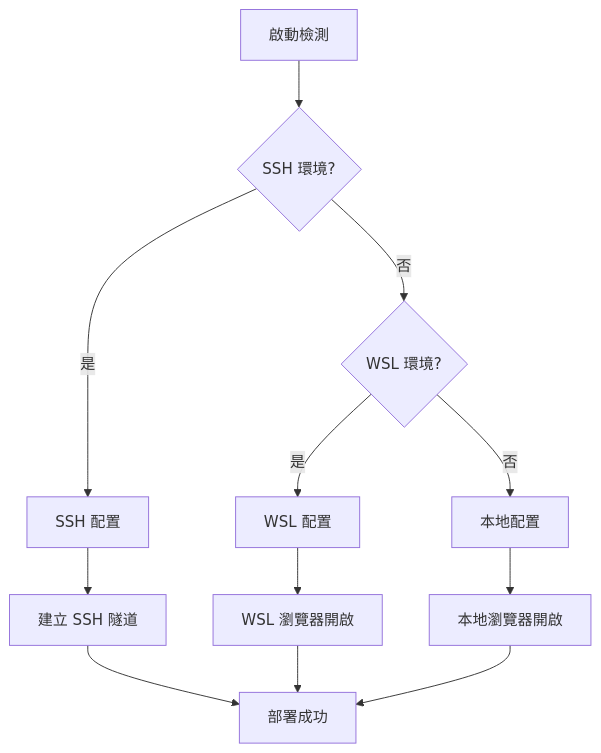
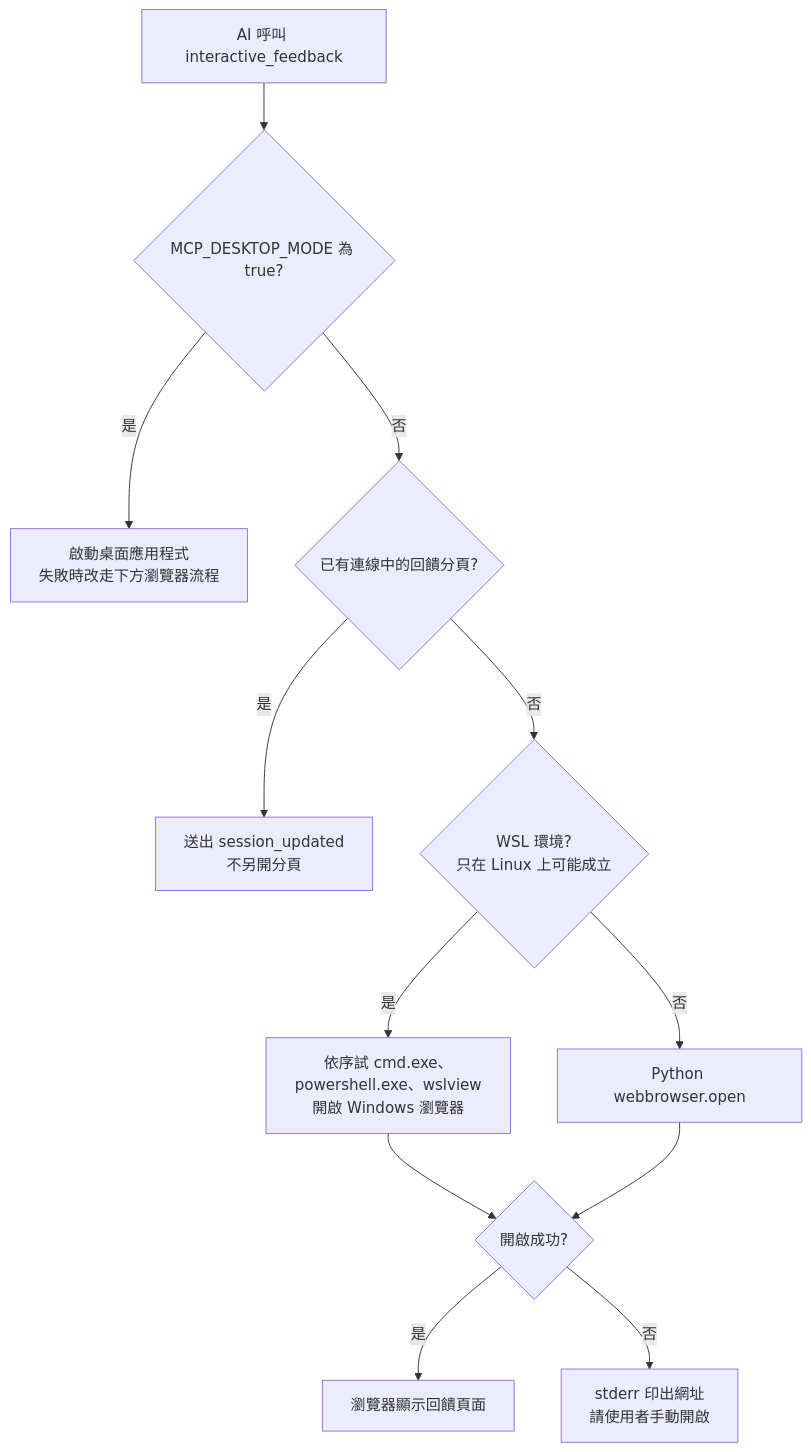
Before and after one commit to CloudEngineHub/mcp-feedback-enhanced: the second of 2 diagrams in docs/architecture/deployment-guide.md, drawn with Mermaid. The commit also changed other lines of this file and 2 other files, not shown here.

Commit message:
📝 環境偵測段落改成實際行為：遠端偵測只寫除錯日誌、不建 SSH 隧道，WSL 只在 Linux 判斷並改用 Windows 瀏覽器開啟

````diff
--- a/docs/architecture/deployment-guide.md
+++ b/docs/architecture/deployment-guide.md
@@ -92,16 +92,14 @@
 ```mermaid
 flowchart TD
-    START[啟動檢測] --> SSH{SSH 環境?}
-    SSH -->|是| SSH_CONFIG[SSH 配置]
-    SSH -->|否| WSL{WSL 環境?}
-    WSL -->|是| WSL_CONFIG[WSL 配置]
-    WSL -->|否| LOCAL_CONFIG[本地配置]
-
-    SSH_CONFIG --> TUNNEL[建立 SSH 隧道]
-    WSL_CONFIG --> WSL_BROWSER[WSL 瀏覽器開啟]
-    LOCAL_CONFIG --> LOCAL_BROWSER[本地瀏覽器開啟]
-
-    TUNNEL --> SUCCESS[部署成功]
-    WSL_BROWSER --> SUCCESS
-    LOCAL_BROWSER --> SUCCESS
+    START[AI 呼叫 interactive_feedback] --> DESKTOP{MCP_DESKTOP_MODE 為 true?}
+    DESKTOP -->|是| APP[啟動桌面應用程式<br/>失敗時改走下方瀏覽器流程]
+    DESKTOP -->|否| TABS{已有連線中的回饋分頁?}
+    TABS -->|是| NOTIFY[送出 session_updated<br/>不另開分頁]
+    TABS -->|否| WSL{WSL 環境?<br/>只在 Linux 上可能成立}
+    WSL -->|是| WSL_BROWSER[依序試 cmd.exe、powershell.exe、wslview<br/>開啟 Windows 瀏覽器]
+    WSL -->|否| LOCAL_BROWSER[Python webbrowser.open]
+    WSL_BROWSER --> RESULT{開啟成功?}
+    LOCAL_BROWSER --> RESULT
+    RESULT -->|是| SUCCESS[瀏覽器顯示回饋頁面]
+    RESULT -->|否| NOTICE[stderr 印出網址<br/>請使用者手動開啟]
 ```
````
